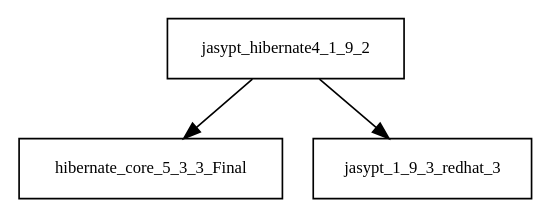
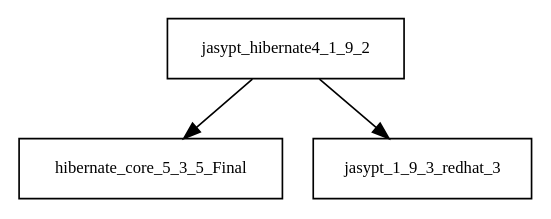
The diagram in tattleTaleReport/graphviz/jasypt-hibernate4-1.9.2.jar/jasypt-hibernate4-1.9.2.jar.dot (sjvs/cia), drawn with Graphviz before and after one commit. The commit also changed 2896 other files, not shown here.

```diff
--- a/tattleTaleReport/graphviz/jasypt-hibernate4-1.9.2.jar/jasypt-hibernate4-1.9.2.jar.dot
+++ b/tattleTaleReport/graphviz/jasypt-hibernate4-1.9.2.jar/jasypt-hibernate4-1.9.2.jar.dot
@@ -1,5 +1,5 @@
 digraph jasypt_hibernate4_1_9_2_dependencies {
   node [shape = box, fontsize=10.0];
-  jasypt_hibernate4_1_9_2 -> hibernate_core_5_3_3_Final;
+  jasypt_hibernate4_1_9_2 -> hibernate_core_5_3_5_Final;
   jasypt_hibernate4_1_9_2 -> jasypt_1_9_3_redhat_3;
 }
```
